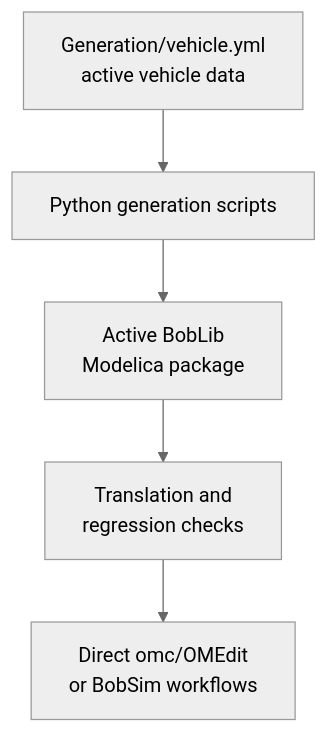
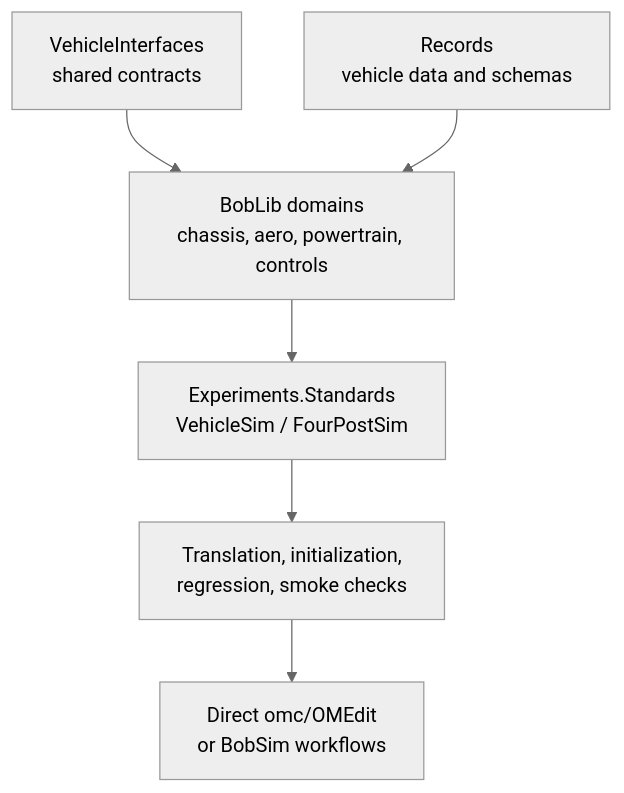
The diagram in docs/boblib/index.md (BobDyn/BobDocs), drawn with Mermaid (neutral theme) before and after one commit. The commit also changed other lines of this file and 20 other files, not shown here.

Commit message:
Update BobLib integration docs

````diff
--- a/docs/boblib/index.md
+++ b/docs/boblib/index.md
@@ -72,13 +77,15 @@
 ```mermaid
 flowchart TB
-    yaml["Generation/vehicle.yml<br/>active vehicle data"]
-    gen["Python generation scripts"]
-    modelica["Active BobLib<br/>Modelica package"]
-    checks["Translation and<br/>regression checks"]
+    vi["VehicleInterfaces<br/>shared contracts"]
+    domains["BobLib domains<br/>chassis, aero, powertrain, controls"]
+    records["Records<br/>vehicle data and schemas"]
+    experiments["Experiments.Standards<br/>VehicleSim / FourPostSim"]
+    checks["Translation, initialization,<br/>regression, smoke checks"]
     sim["Direct omc/OMEdit<br/>or BobSim workflows"]
 
-    yaml --> gen
-    gen --> modelica
-    modelica --> checks
+    vi --> domains
+    records --> domains
+    domains --> experiments
+    experiments --> checks
     checks --> sim
 ```
````
